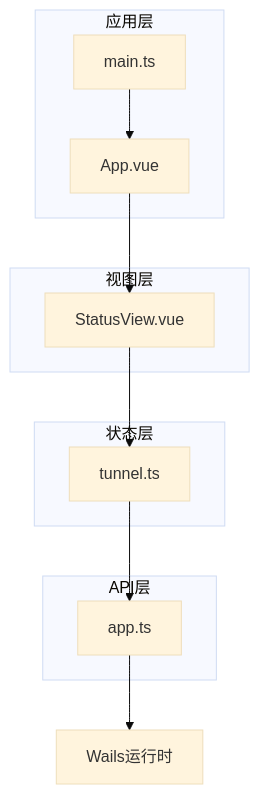
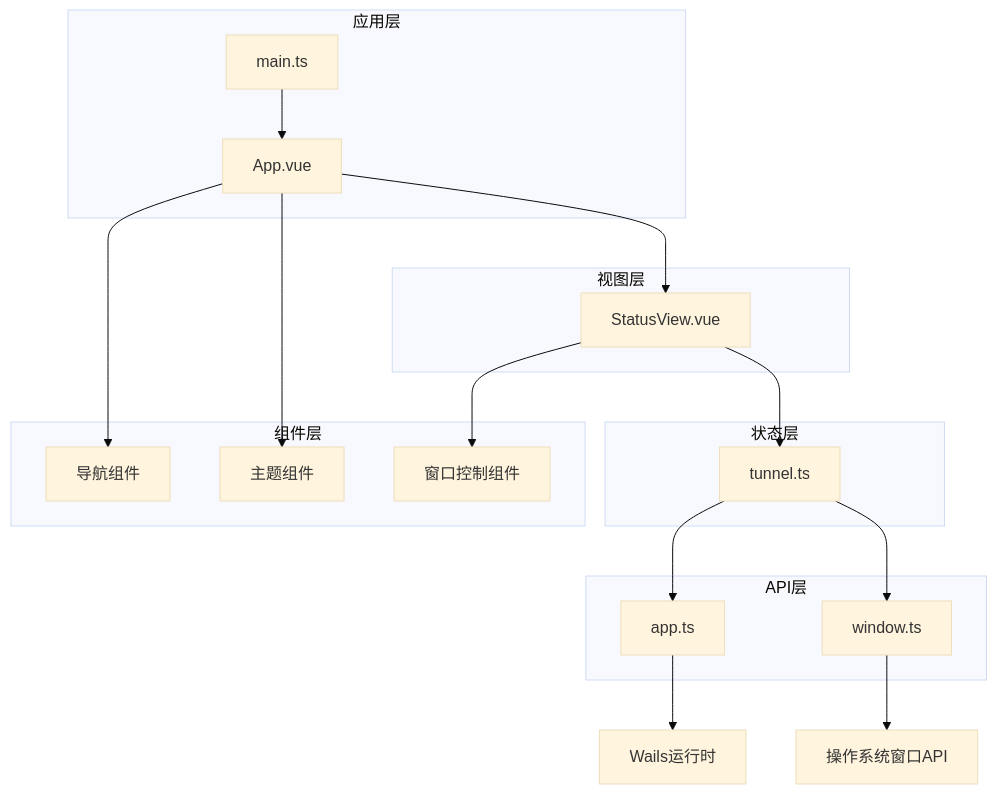
One commit to itsharex/NexTunnel changed diagram 13 of 24 in .qoder/repowiki/zh/content/架构设计/桌面端架构设计/前端架构设计/Vue组件系统架构.md. Above: the diagram before and after it, drawn with Mermaid (base theme). The commit also changed other lines of this file and 41 other files, not shown here.

````diff
--- a/.qoder/repowiki/zh/content/架构设计/桌面端架构设计/前端架构设计/Vue组件系统架构.md
+++ b/.qoder/repowiki/zh/content/架构设计/桌面端架构设计/前端架构设计/Vue组件系统架构.md
@@ -333,21 +389,32 @@
 ```mermaid
 graph TB
 subgraph "应用层"
 A[App.vue]
 B[main.ts]
 end
 subgraph "视图层"
 C[StatusView.vue]
 end
 subgraph "状态层"
 D[tunnel.ts]
 end
 subgraph "API层"
 E[app.ts]
+F[window.ts]
+end
+subgraph "组件层"
+G[导航组件]
+H[主题组件]
+I[窗口控制组件]
 end
 A --> C
 B --> A
 C --> D
 D --> E
-E --> F[Wails运行时]
+E --> J[Wails运行时]
+F --> K[操作系统窗口API]
+D --> F
+A --> G
+A --> H
+C --> I
 ```
````
